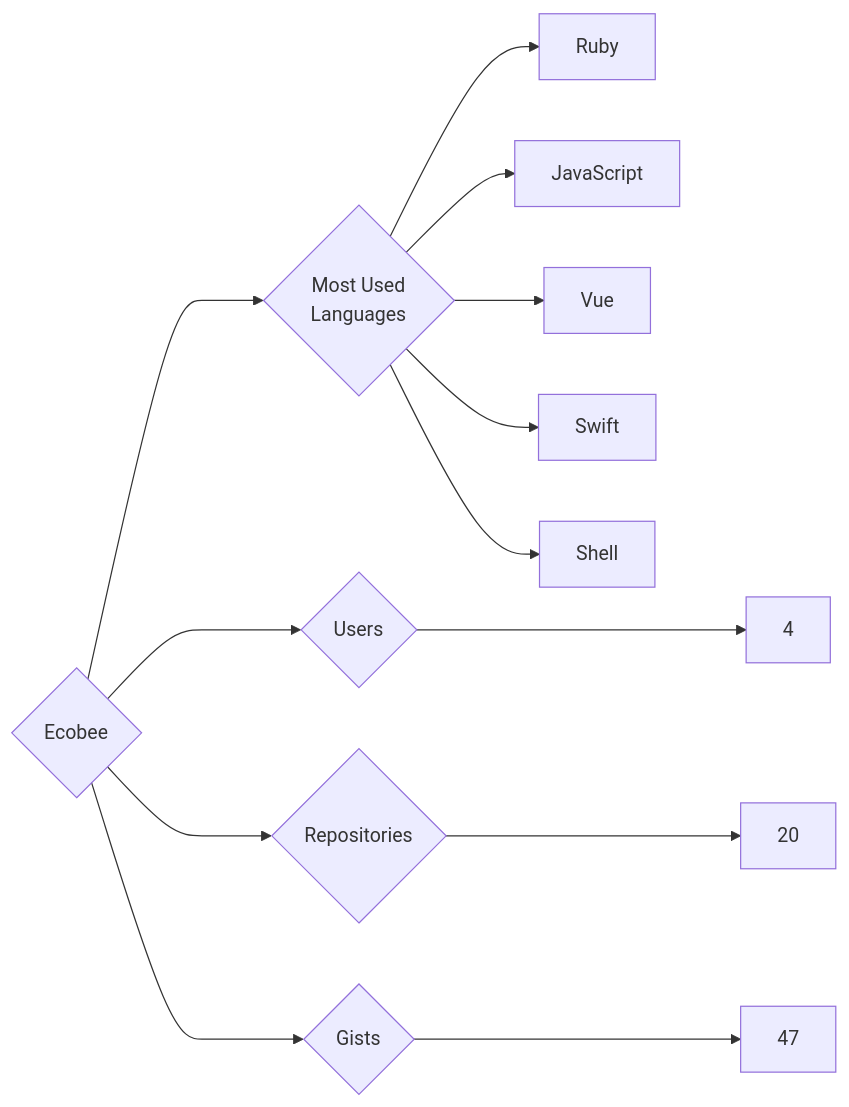
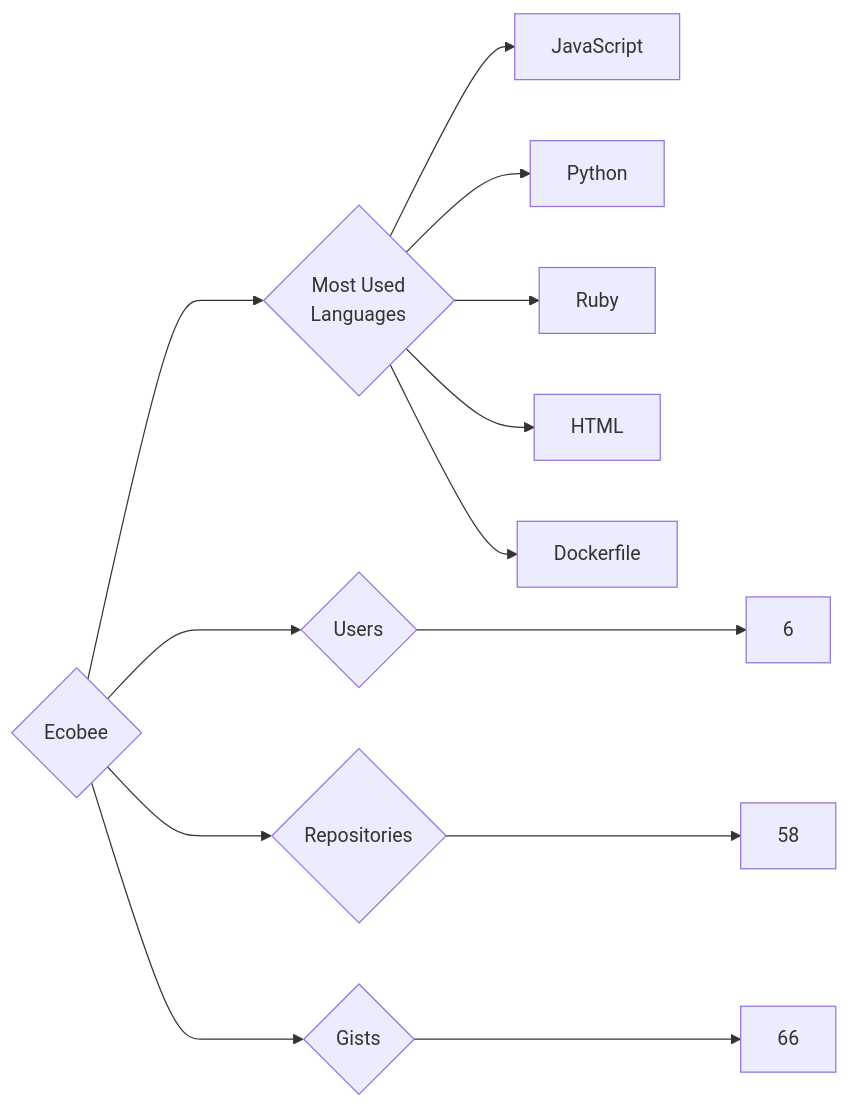
One commit to trickest/insiders changed the diagram in targets/Ecobee/README.md. Above: the diagram before and after it, drawn with Mermaid. The commit also changed 942 other files, not shown here.

````diff
--- a/targets/Ecobee/README.md
+++ b/targets/Ecobee/README.md
@@ -3,13 +3,13 @@
 ```mermaid
 graph LR
 COMPANY_NAME{Ecobee}
-COMPANY_NAME ---> U{Users} ---> UN[4]
-COMPANY_NAME ---> R{Repositories} ---> RN[20]
-COMPANY_NAME ---> G{Gists} ---> GN[47]
+COMPANY_NAME ---> U{Users} ---> UN[6]
+COMPANY_NAME ---> R{Repositories} ---> RN[58]
+COMPANY_NAME ---> G{Gists} ---> GN[66]
 COMPANY_NAME ---> ML{Most Used<br>Languages}
+ML --> JavaScript[JavaScript]
+ML --> Python[Python]
 ML --> Ruby[Ruby]
-ML --> JavaScript[JavaScript]
-ML --> Vue[Vue]
-ML --> Swift[Swift]
-ML --> Shell[Shell]
+ML --> HTML[HTML]
+ML --> Dockerfile[Dockerfile]
 ```
````
